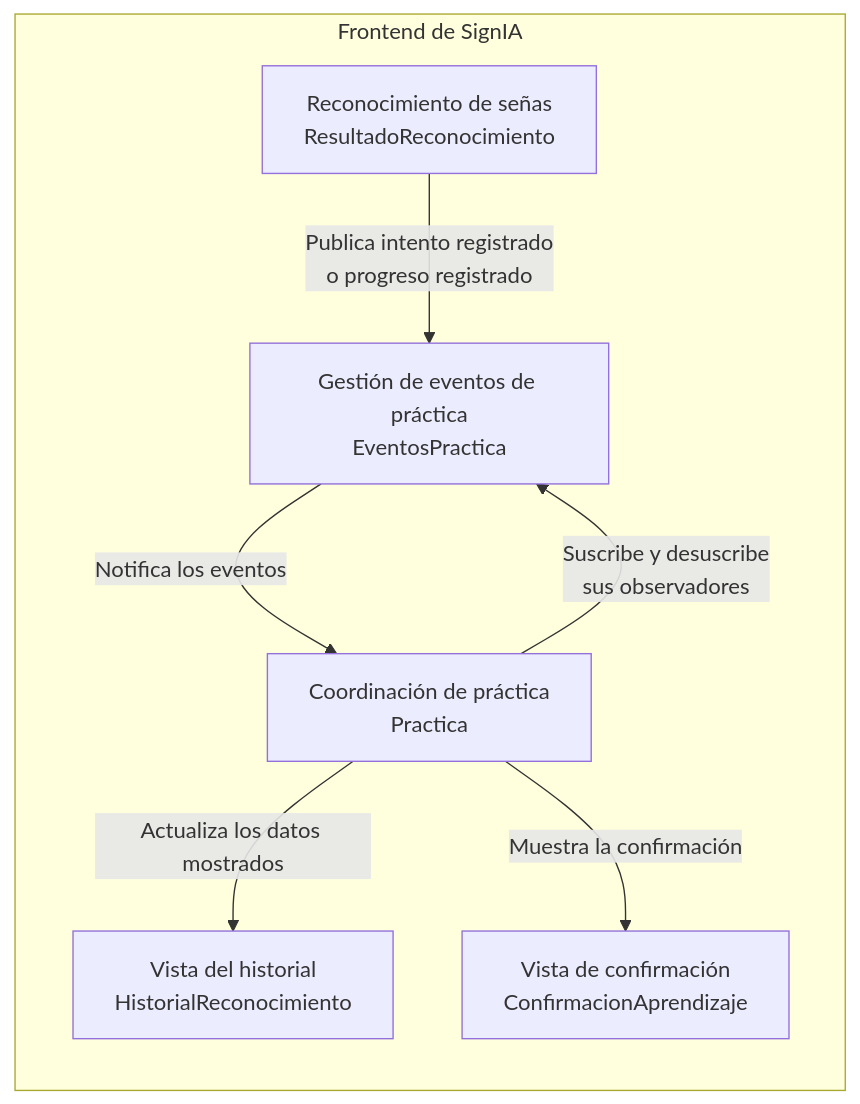
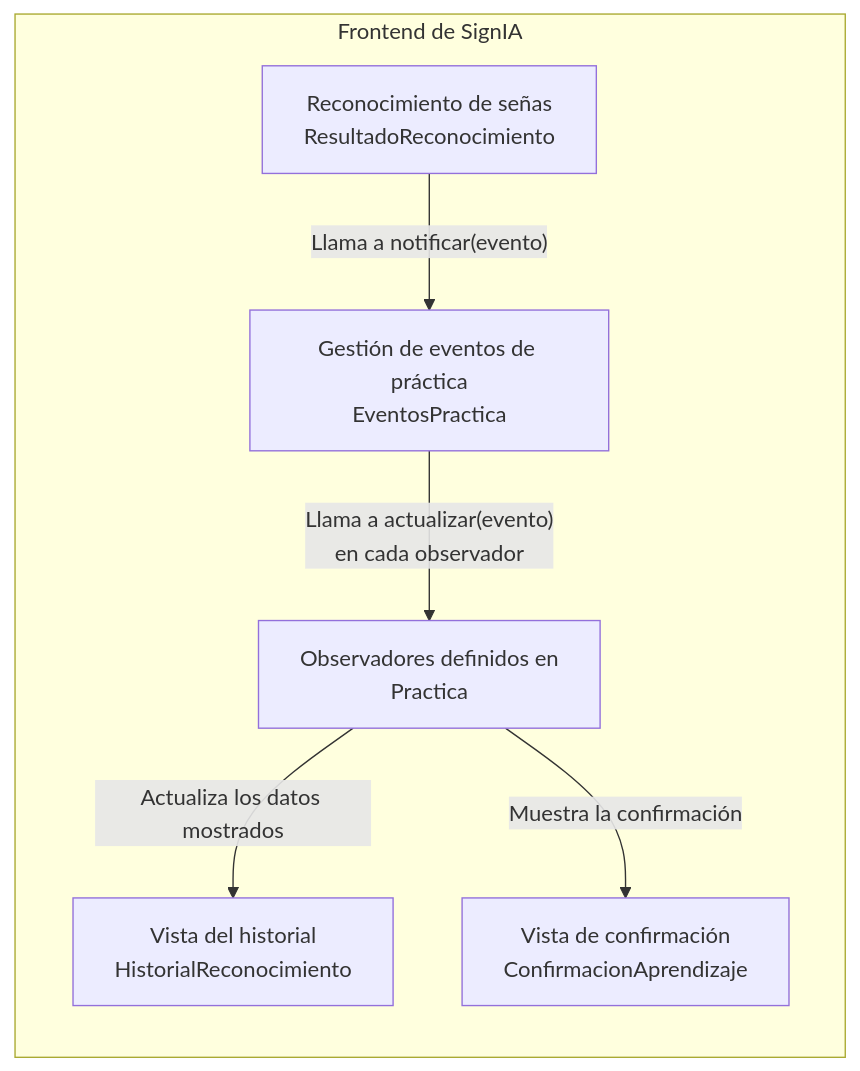
The first of 4 diagrams in docs/diagramas/PatronesObserverFacade.md (puj-course/FIS_2630_1204_G4), drawn with Mermaid before and after one commit. The commit also changed other lines of this file, not shown here.

Commit message:
📝 docs(frontend): aclarar notificación de observadores en el diagrama

````diff
--- a/docs/diagramas/PatronesObserverFacade.md
+++ b/docs/diagramas/PatronesObserverFacade.md
@@ -9,16 +9,15 @@
 ```mermaid
 flowchart LR
     subgraph Frontend["Frontend de SignIA"]
         Reconocimiento["Reconocimiento de señas<br/>ResultadoReconocimiento"]
         Eventos["Gestión de eventos de práctica<br/>EventosPractica"]
-        Practica["Coordinación de práctica<br/>Practica"]
+        Practica["Observadores definidos en<br/>Practica"]
         Historial["Vista del historial<br/>HistorialReconocimiento"]
         Confirmacion["Vista de confirmación<br/>ConfirmacionAprendizaje"]
     end
 
-    Reconocimiento -->|"Publica intento registrado<br/>o progreso registrado"| Eventos
-    Practica -->|"Suscribe y desuscribe<br/>sus observadores"| Eventos
-    Eventos -->|"Notifica los eventos"| Practica
+    Reconocimiento -->|"Llama a notificar(evento)"| Eventos
+    Eventos -->|"Llama a actualizar(evento)<br/>en cada observador"| Practica
     Practica -->|"Actualiza los datos mostrados"| Historial
     Practica -->|"Muestra la confirmación"| Confirmacion
 ```
````
